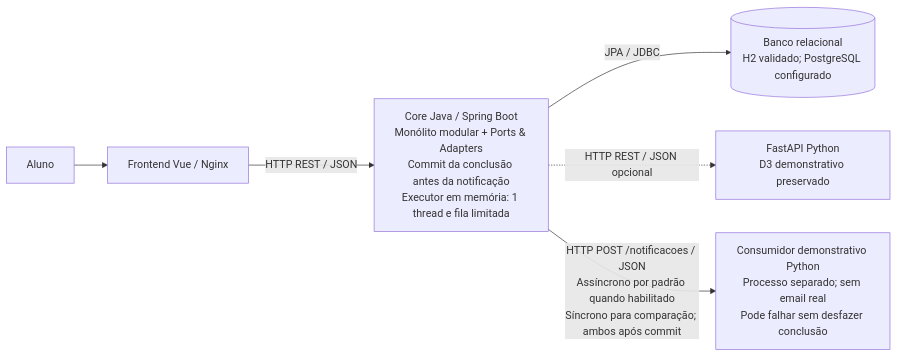
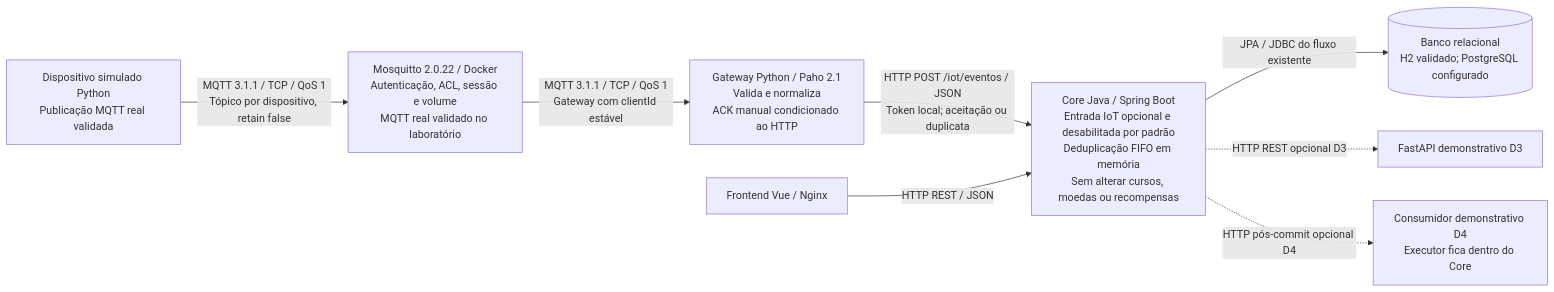
The diagram in README.md (MjDutil/DevOps-Project), drawn with Mermaid before and after one commit. The commit also changed other lines of this file and 81 other files, not shown here.

````diff
--- a/README.md
+++ b/README.md
@@ -33,8 +34,10 @@
 ```mermaid
 flowchart LR
-    aluno["Aluno"] --> frontend["Frontend Vue / Nginx"]
-    frontend -->|HTTP REST / JSON| core["Core Java / Spring Boot<br/>Monólito modular + Ports & Adapters<br/>Commit da conclusão antes da notificação<br/>Executor em memória: 1 thread e fila limitada"]
-    core -->|JPA / JDBC| banco[("Banco relacional<br/>H2 validado; PostgreSQL configurado")]
-    core -.->|HTTP REST / JSON opcional| ia["FastAPI Python<br/>D3 demonstrativo preservado"]
-    core -->|"HTTP POST /notificacoes / JSON<br/>Assíncrono por padrão quando habilitado<br/>Síncrono para comparação; ambos após commit"| consumidor["Consumidor demonstrativo Python<br/>Processo separado; sem email real<br/>Pode falhar sem desfazer conclusão"]
+    dispositivo["Dispositivo simulado Python<br/>Publicação MQTT real validada"] -->|"MQTT 3.1.1 / TCP / QoS 1<br/>Tópico por dispositivo, retain false"| broker["Mosquitto 2.0.22 / Docker<br/>Autenticação, ACL, sessão e volume<br/>MQTT real validado no laboratório"]
+    broker -->|"MQTT 3.1.1 / TCP / QoS 1<br/>Gateway com clientId estável"| gateway["Gateway Python / Paho 2.1<br/>Valida e normaliza<br/>ACK manual condicionado ao HTTP"]
+    gateway -->|"HTTP POST /iot/eventos / JSON<br/>Token local; aceitação ou duplicata"| core["Core Java / Spring Boot<br/>Entrada IoT opcional e desabilitada por padrão<br/>Deduplicação FIFO em memória<br/>Sem alterar cursos, moedas ou recompensas"]
+    frontend["Frontend Vue / Nginx"] -->|HTTP REST / JSON| core
+    core -->|JPA / JDBC do fluxo existente| db[("Banco relacional<br/>H2 validado; PostgreSQL configurado")]
+    core -.->|HTTP REST opcional D3| ia["FastAPI demonstrativo D3"]
+    core -.->|HTTP pós-commit opcional D4| notificacao["Consumidor demonstrativo D4<br/>Executor fica dentro do Core"]
 ```
````
